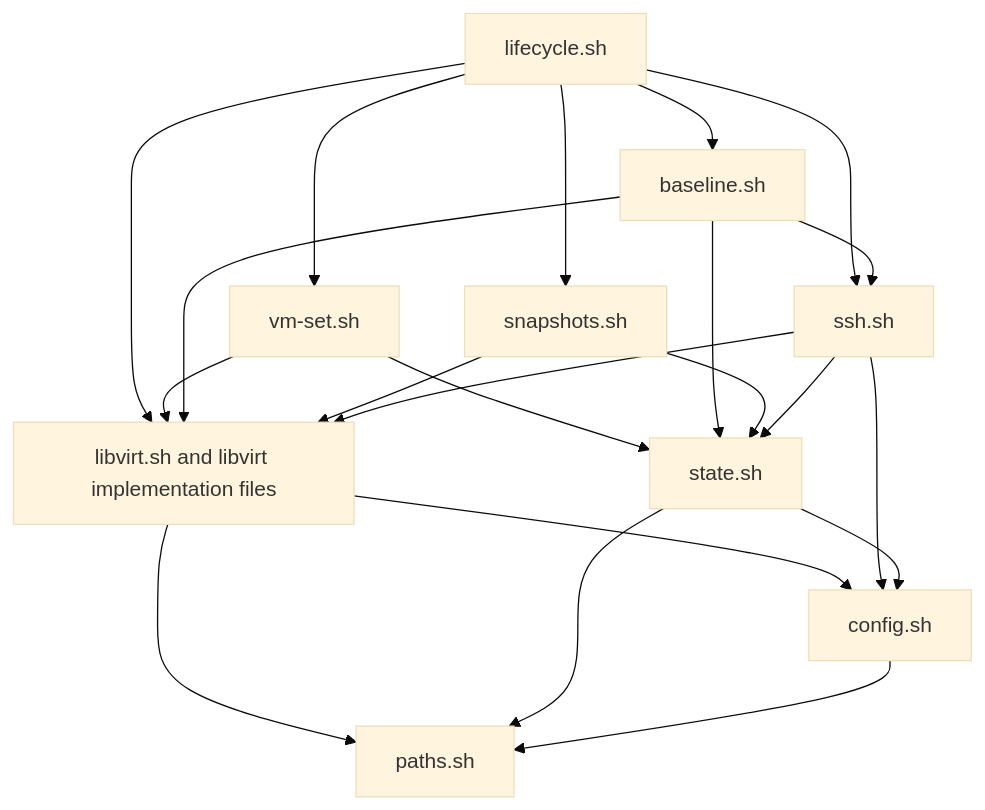
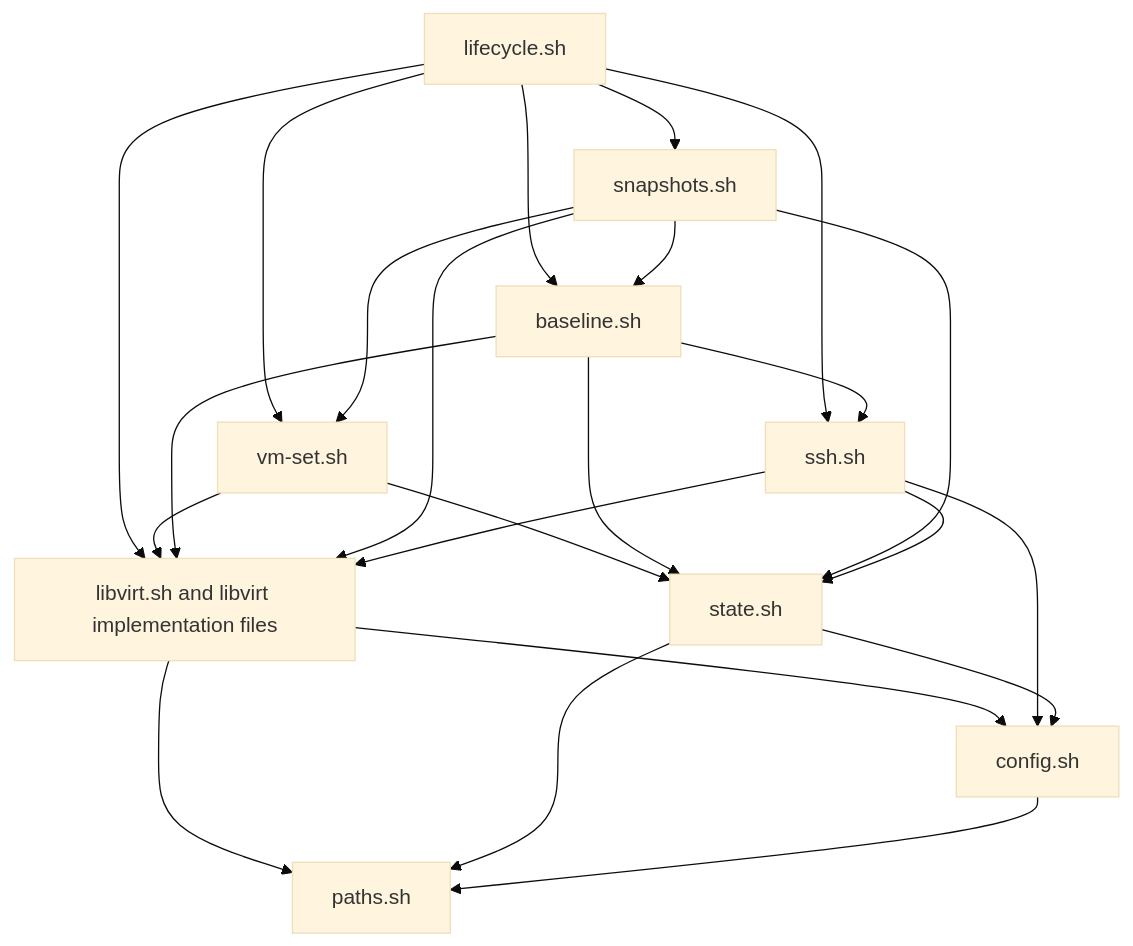
The diagram in simulation/vm/libvirt-refactor.md (NoNine/loopforge), drawn with Mermaid (base theme) before and after one commit. The commit also changed other lines of this file and 18 other files, not shown here.

````diff
--- a/simulation/vm/libvirt-refactor.md
+++ b/simulation/vm/libvirt-refactor.md
@@ -205,33 +205,35 @@
 ```mermaid
 flowchart TD
   LC[lifecycle.sh]
   SET[vm-set.sh]
   BASE[baseline.sh]
   SNAP[snapshots.sh]
   LV[libvirt.sh and libvirt implementation files]
   SSH[ssh.sh]
   STATE[state.sh]
   CFG[config.sh]
   PATHS[paths.sh]
 
   LC --> SET
   LC --> BASE
   LC --> SNAP
   LC --> LV
   LC --> SSH
   SET --> LV
   SET --> STATE
   BASE --> LV
   BASE --> SSH
   BASE --> STATE
   SNAP --> LV
   SNAP --> STATE
+  SNAP --> BASE
+  SNAP --> SET
   LV --> CFG
   LV --> PATHS
   SSH --> LV
   SSH --> CFG
   SSH --> STATE
   STATE --> CFG
   STATE --> PATHS
   CFG --> PATHS
 ```
````
